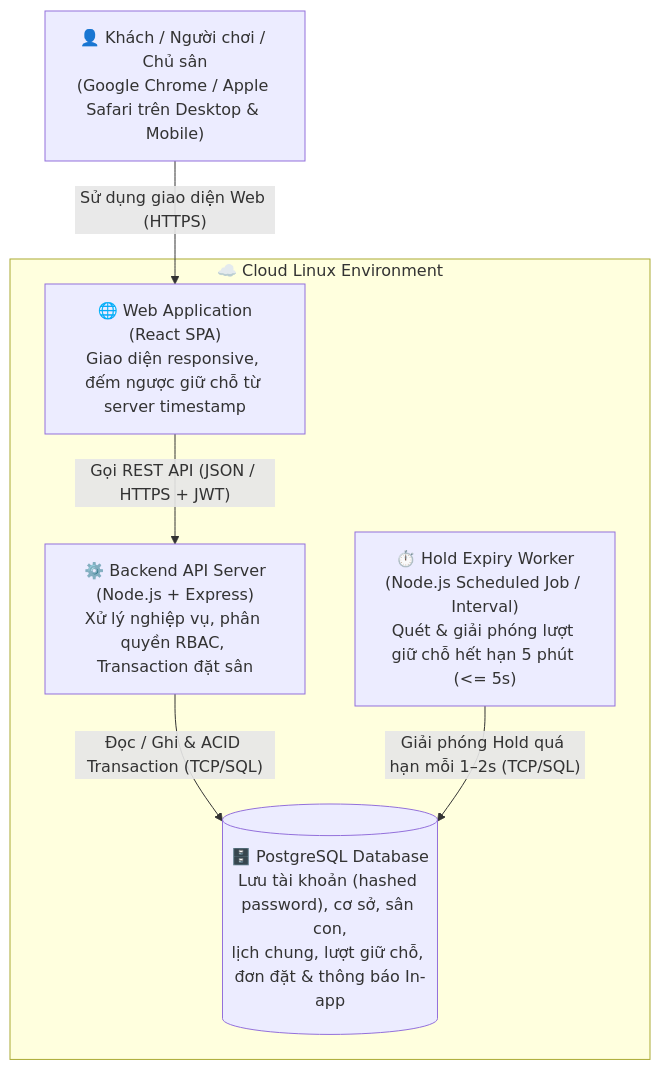
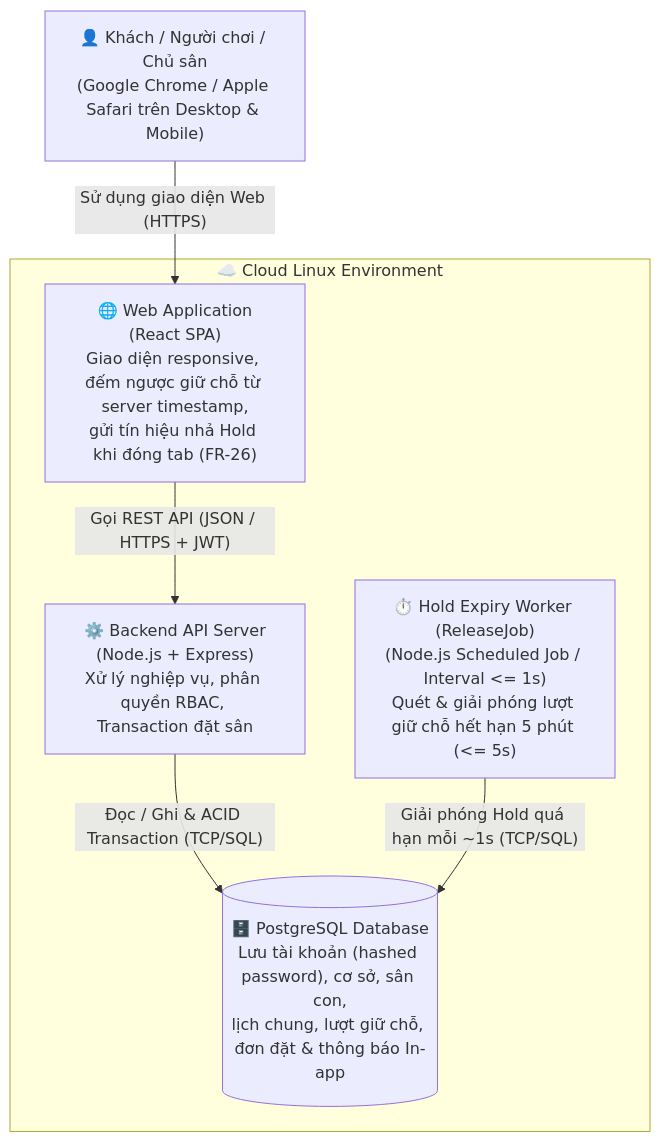
Before and after one commit to buikhoa130406/se-project-t04: the second of 4 diagrams in docs/design/architecture/architecture-design.md, drawn with Mermaid. The commit also changed other lines of this file, not shown here.

````diff
--- a/docs/design/architecture/architecture-design.md
+++ b/docs/design/architecture/architecture-design.md
@@ -48,16 +49,16 @@
 ```mermaid
 flowchart TB
     User["👤 Khách / Người chơi / Chủ sân<br/>(Google Chrome / Apple Safari trên Desktop & Mobile)"]
 
     subgraph Cloud["☁️ Cloud Linux Environment"]
-        SPA["🌐 Web Application<br/>(React SPA)<br/>Giao diện responsive, đếm ngược giữ chỗ từ server timestamp"]
+        SPA["🌐 Web Application<br/>(React SPA)<br/>Giao diện responsive, đếm ngược giữ chỗ từ server timestamp,<br/>gửi tín hiệu nhả Hold khi đóng tab (FR-26)"]
         API["⚙️ Backend API Server<br/>(Node.js + Express)<br/>Xử lý nghiệp vụ, phân quyền RBAC, Transaction đặt sân"]
-        Worker["⏱️ Hold Expiry Worker<br/>(Node.js Scheduled Job / Interval)<br/>Quét & giải phóng lượt giữ chỗ hết hạn 5 phút (<= 5s)"]
+        Worker["⏱️ Hold Expiry Worker (ReleaseJob)<br/>(Node.js Scheduled Job / Interval <= 1s)<br/>Quét & giải phóng lượt giữ chỗ hết hạn 5 phút (<= 5s)"]
         DB[("🗄️ PostgreSQL Database<br/>Lưu tài khoản (hashed password), cơ sở, sân con,<br/>lịch chung, lượt giữ chỗ, đơn đặt & thông báo In-app")]
     end
 
     User -- "Sử dụng giao diện Web (HTTPS)" --> SPA
     SPA -- "Gọi REST API (JSON / HTTPS + JWT)" --> API
     API -- "Đọc / Ghi & ACID Transaction (TCP/SQL)" --> DB
-    Worker -- "Giải phóng Hold quá hạn mỗi 1–2s (TCP/SQL)" --> DB
+    Worker -- "Giải phóng Hold quá hạn mỗi ~1s (TCP/SQL)" --> DB
 ```
````
